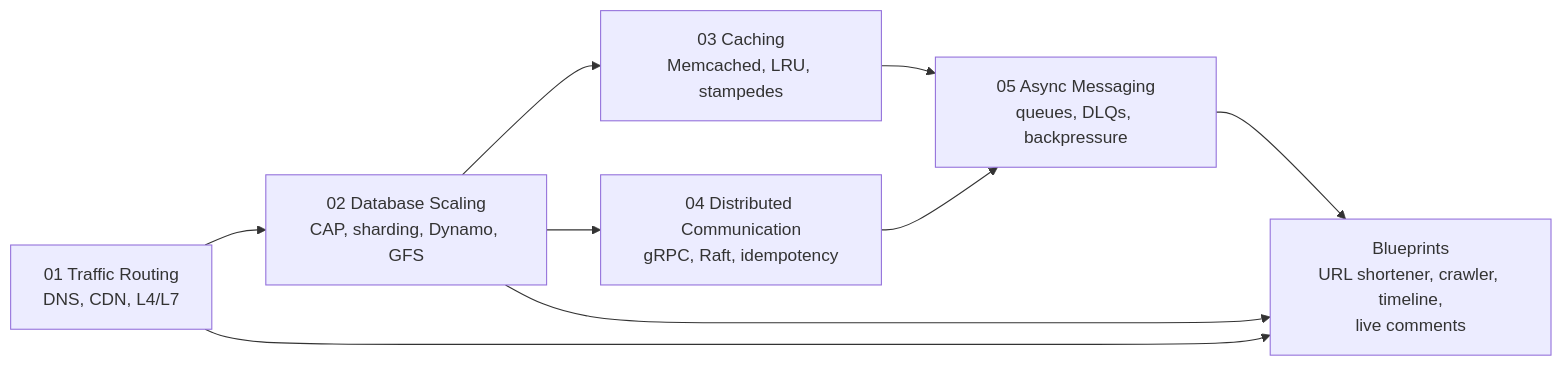
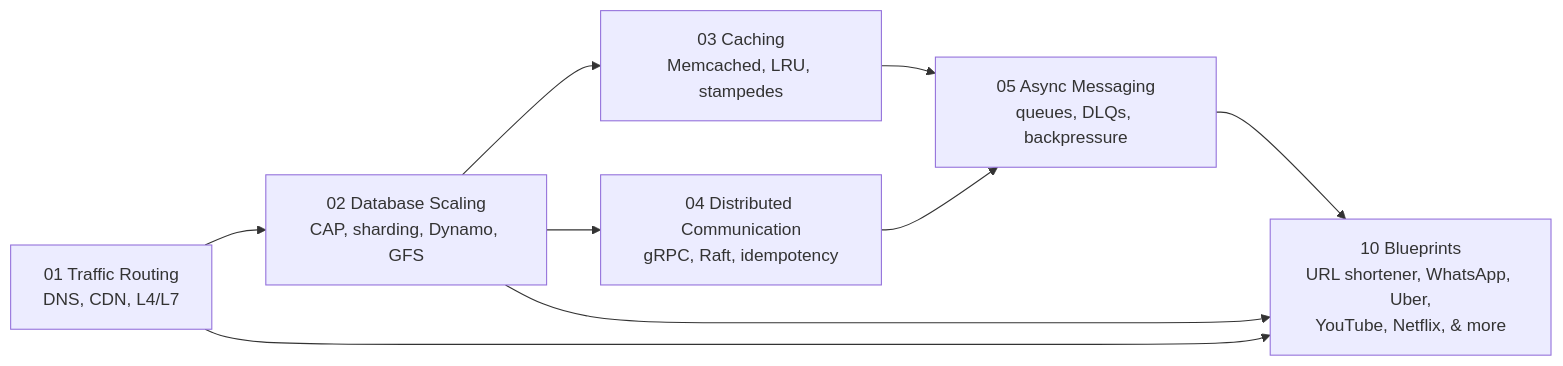
One commit to MachariaP/system-design-academy changed the diagram in README.md. Above: the diagram before and after it, drawn with Mermaid. The commit also changed other lines of this file, not shown here.

Commit message:
Update README: reflect 10 blueprints, Python-only code examples, CI badge, add quiz/practice/code docs, remove stale roadmap items and TypeScript claims

````diff
--- a/README.md
+++ b/README.md
@@ -72,18 +106,18 @@
 ```mermaid
 flowchart LR
     M1["01 Traffic Routing<br/>DNS, CDN, L4/L7"]
     M2["02 Database Scaling<br/>CAP, sharding, Dynamo, GFS"]
     M3["03 Caching<br/>Memcached, LRU, stampedes"]
     M4["04 Distributed Communication<br/>gRPC, Raft, idempotency"]
     M5["05 Async Messaging<br/>queues, DLQs, backpressure"]
-    BP["Blueprints<br/>URL shortener, crawler, timeline,<br/>live comments"]
+    BP["10 Blueprints<br/>URL shortener, WhatsApp, Uber,<br/>YouTube, Netflix, & more"]
 
     M1 --> M2
     M2 --> M3
     M2 --> M4
     M3 --> M5
     M4 --> M5
     M5 --> BP
     M1 --> BP
     M2 --> BP
 ```
````
